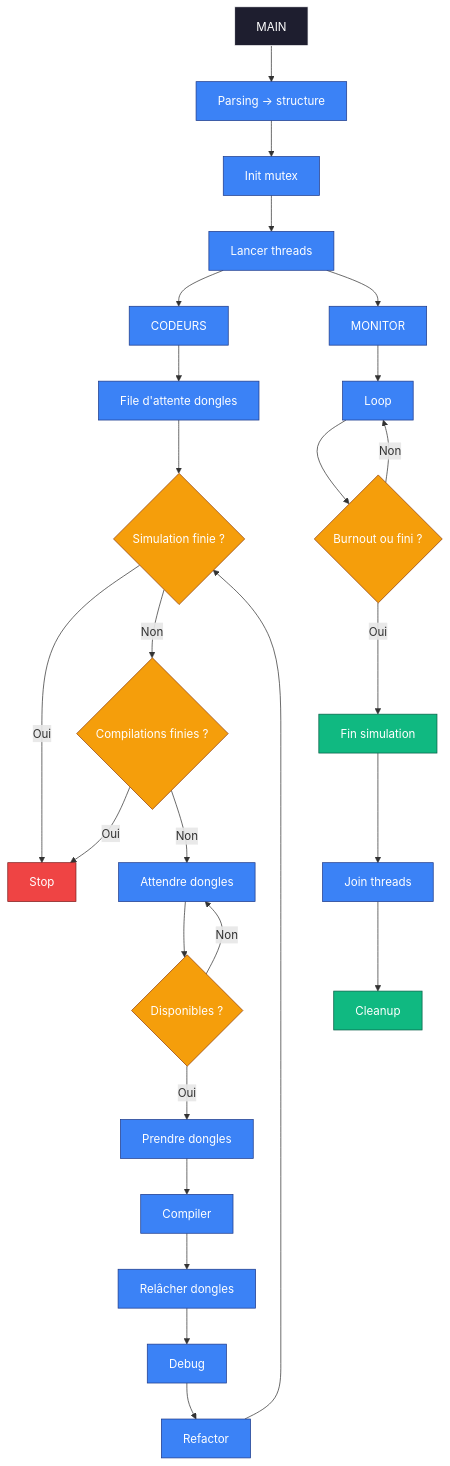
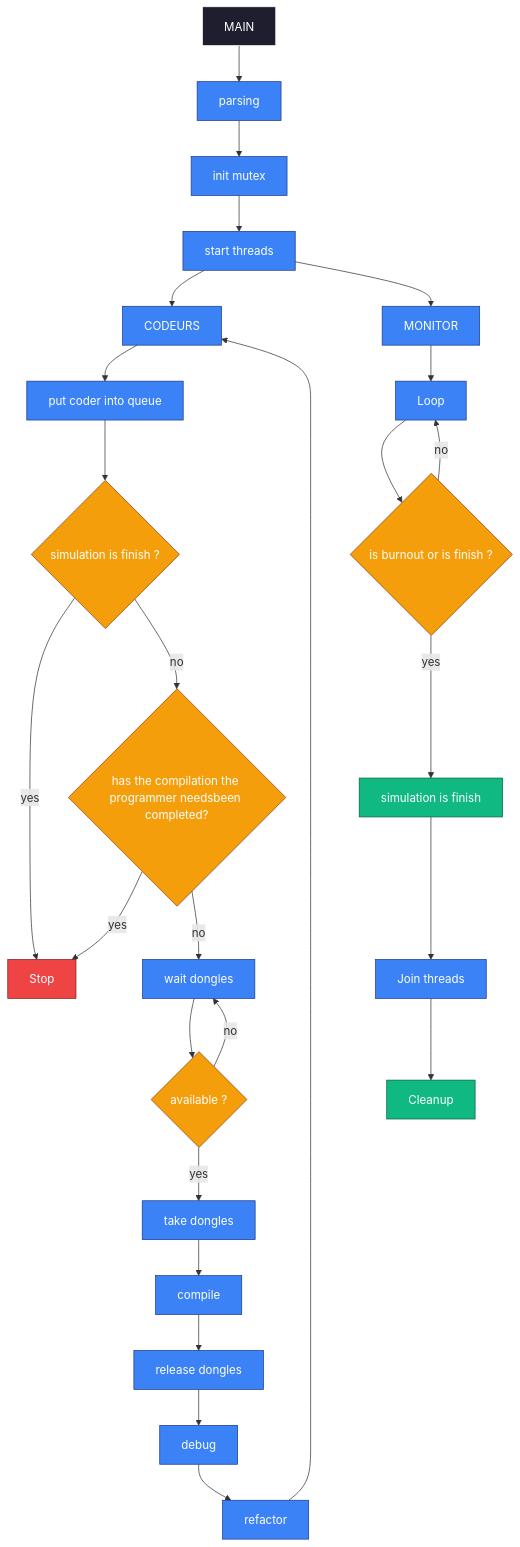
One commit to MinePopTheReal/Codexion changed the diagram in README.md. Above: the diagram before and after it, drawn with Mermaid. The commit also changed other lines of this file, not shown here.

Commit message:
little fix on readme

````diff
--- a/README.md
+++ b/README.md
@@ -57,52 +54,52 @@
 ```mermaid
 flowchart TD
-A[MAIN] --> B[Parsing → structure]
-B --> C[Init mutex]
-C --> D[Lancer threads]
+A[MAIN] --> B[parsing]
+B --> C[init mutex]
+C --> D[start threads]
 
 D --> E[CODEURS]
 D --> F[MONITOR]
 
 %% CODEUR
-E --> G[File d'attente dongles]
-G --> H{Simulation finie ?}
+E --> G[put coder into queue]
+G --> H{simulation is finish ?}
 
-H -->|Oui| Z[Stop] 
-H -->|Non| I{Compilations finies ?}
+H -->|yes| Z[Stop] 
+H -->|no| I{has the compilation the programmer needsbeen completed?}
 
-I -->|Oui| Z 
-I -->|Non| J[Attendre dongles] 
+I -->|yes| Z 
+I -->|no| J[wait dongles] 
 
-J --> K{Disponibles ?} 
-K -->|Non| J 
-K -->|Oui| L[Prendre dongles] 
+J --> K{available ?} 
+K -->|no| J 
+K -->|yes| L[take dongles] 
 
-L --> M[Compiler] 
-M --> N[Relâcher dongles] 
-N --> O[Debug] 
-O --> P[Refactor]
+L --> M[compile] 
+M --> N[release dongles] 
+N --> O[debug] 
+O --> P[refactor]
 
-P --> H
+P --> E
 
 %% MONITOR
 F --> Q[Loop]
-Q --> R{Burnout ou fini ?}
-R -->|Oui| S[Fin simulation]
-R -->|Non| Q
+Q --> R{is burnout or is finish ?}
+R -->|yes| S[simulation is finish]
+R -->|no| Q
 
 %% FIN
 S --> T[Join threads]
 T --> U[Cleanup]
 
 %% STYLES
 classDef main fill:#1e1e2f,color:#fff,stroke:#ffffff
 classDef process fill:#3b82f6,color:#fff,stroke:#1e3a8a
 classDef decision fill:#f59e0b,color:#fff,stroke:#92400e
-classDef endnode fill:#10b981,color:#fff,stroke:#065f46
+classDef end_node fill:#10b981,color:#fff,stroke:#065f46
 classDef alert fill:#ef4444,color:#fff,stroke:#7f1d1d
 class A main
 class B,C,D,E,F,G,J,L,M,N,O,P,Q,T process
 class H,I,K,R decision
-class S,U endnode
+class S,U end_node
 class Z alert
 ```
````
